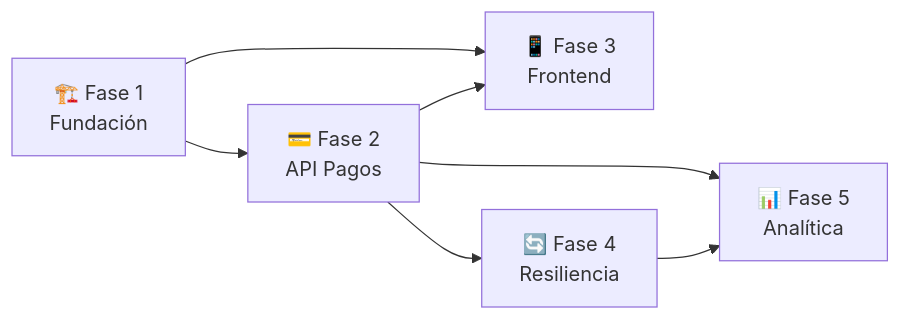
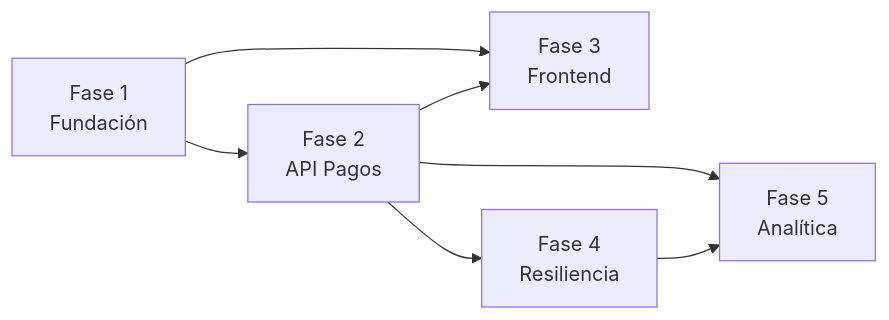
One commit to BUHOdeb/Sistema-de-Gesti-n-Rutas- changed the second of 2 diagrams in README.md. Above: the diagram before and after it, drawn with Mermaid. The commit also changed other lines of this file, not shown here.

````diff
--- a/README.md
+++ b/README.md
@@ -317,9 +317,9 @@
 ```mermaid
 graph LR
-    F1["🏗️ Fase 1\nFundación"] --> F2["💳 Fase 2\nAPI Pagos"]
-    F1 --> F3["📱 Fase 3\nFrontend"]
+    F1[" Fase 1\nFundación"] --> F2[" Fase 2\nAPI Pagos"]
+    F1 --> F3[" Fase 3\nFrontend"]
     F2 --> F3
-    F2 --> F4["🔄 Fase 4\nResiliencia"]
-    F2 --> F5["📊 Fase 5\nAnalítica"]
+    F2 --> F4[" Fase 4\nResiliencia"]
+    F2 --> F5[" Fase 5\nAnalítica"]
     F4 --> F5
 ```
````
